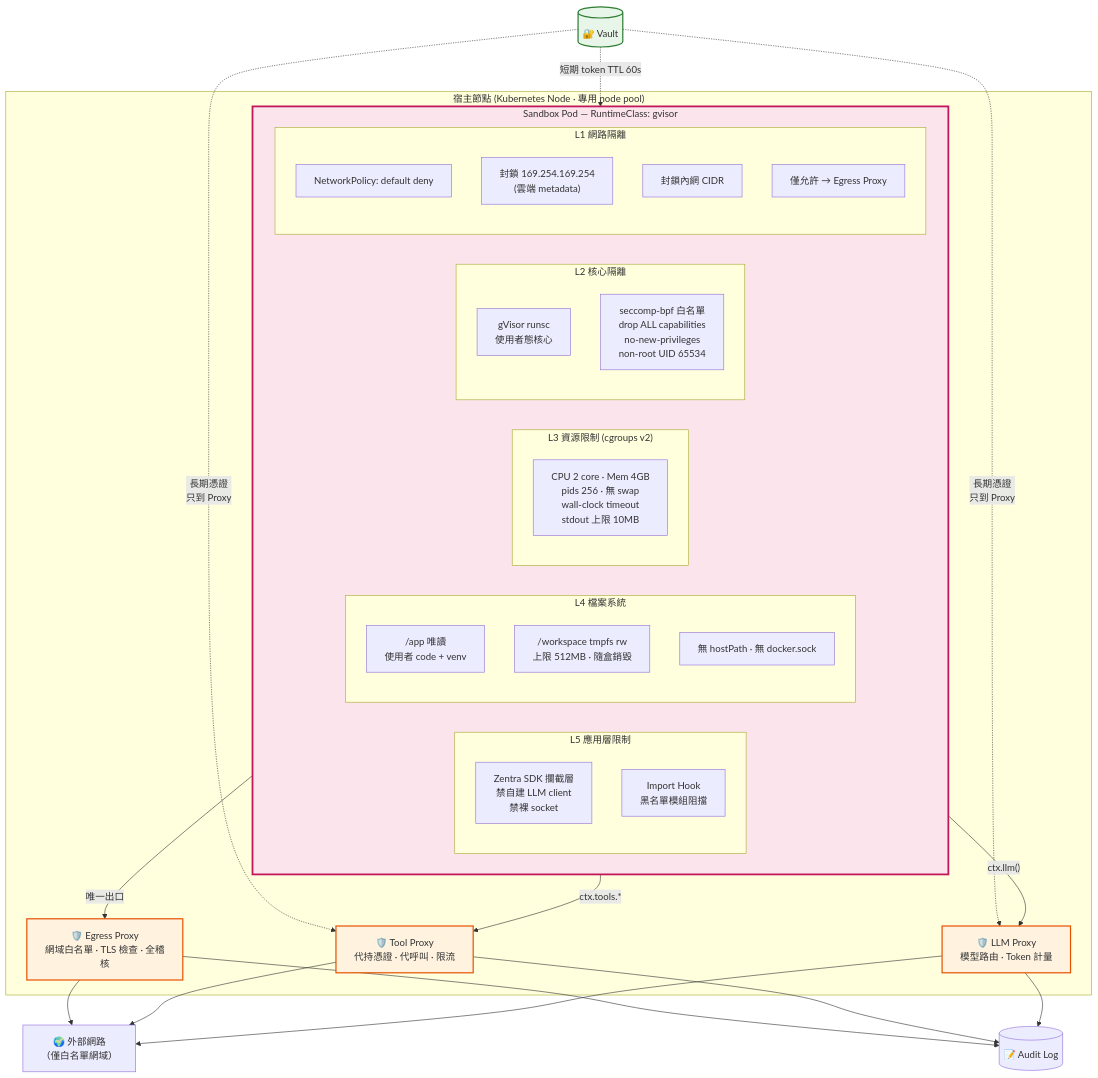
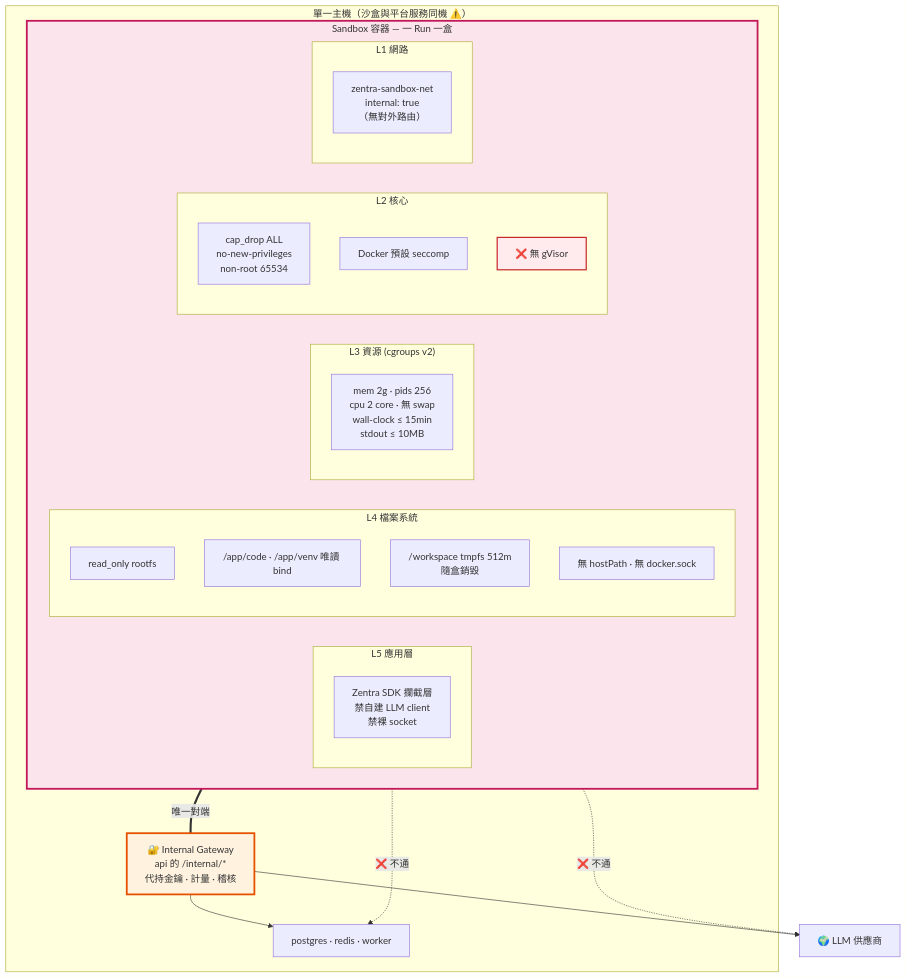
One commit to william9998/Zentra changed the fourth of 11 diagrams in docs/architecture/detailed-architecture.md. Above: the diagram before and after it, drawn with Mermaid. The commit also changed other lines of this file and 50 other files, not shown here.

````diff
--- a/docs/architecture/detailed-architecture.md
+++ b/docs/architecture/detailed-architecture.md
@@ -293,51 +230,42 @@
 ```mermaid
 graph TB
-    subgraph HOST["宿主節點 (Kubernetes Node · 專用 node pool)"]
-        subgraph POD["Sandbox Pod — RuntimeClass: gvisor"]
-            subgraph L5["L5 應用層限制"]
+    subgraph HOST["單一主機（沙盒與平台服務同機 ⚠️）"]
+        subgraph SBX["Sandbox 容器 — 一 Run 一盒"]
+            subgraph L5["L5 應用層"]
                 A1["Zentra SDK 攔截層<br/>禁自建 LLM client<br/>禁裸 socket"]
-                A2["Import Hook<br/>黑名單模組阻擋"]
             end
             subgraph L4["L4 檔案系統"]
-                F1["/app 唯讀<br/>使用者 code + venv"]
-                F2["/workspace tmpfs rw<br/>上限 512MB · 隨盒銷毀"]
-                F3["無 hostPath · 無 docker.sock"]
+                F1["read_only rootfs"]
+                F2["/app/code · /app/venv 唯讀 bind"]
+                F3["/workspace tmpfs 512m<br/>隨盒銷毀"]
+                F4["無 hostPath · 無 docker.sock"]
             end
-            subgraph L3["L3 資源限制 (cgroups v2)"]
-                RC["CPU 2 core · Mem 4GB<br/>pids 256 · 無 swap<br/>wall-clock timeout<br/>stdout 上限 10MB"]
+            subgraph L3["L3 資源 (cgroups v2)"]
+                RC["mem 2g · pids 256<br/>cpu 2 core · 無 swap<br/>wall-clock ≤ 15min<br/>stdout ≤ 10MB"]
             end
-            subgraph L2["L2 核心隔離"]
-                K1["gVisor runsc<br/>使用者態核心"]
-                K2["seccomp-bpf 白名單<br/>drop ALL capabilities<br/>no-new-privileges<br/>non-root UID 65534"]
+            subgraph L2["L2 核心"]
+                K1["cap_drop ALL<br/>no-new-privileges<br/>non-root 65534"]
+                K2["Docker 預設 seccomp"]
+                KX["❌ 無 gVisor"]
             end
-            subgraph L1["L1 網路隔離"]
-                N1["NetworkPolicy: default deny"]
-                N2["封鎖 169.254.169.254<br/>(雲端 metadata)"]
-                N3["封鎖內網 CIDR"]
-                N4["僅允許 → Egress Proxy"]
+            subgraph L1["L1 網路"]
+                N1["zentra-sandbox-net<br/>internal: true<br/>（無對外路由）"]
             end
         end
-        EP["🛡️ Egress Proxy<br/>網域白名單 · TLS 檢查 · 全稽核"]
-        TP["🛡️ Tool Proxy<br/>代持憑證 · 代呼叫 · 限流"]
-        LP["🛡️ LLM Proxy<br/>模型路由 · Token 計量"]
+
+        GW["🔐 Internal Gateway<br/>api 的 /internal/*<br/>代持金鑰 · 計量 · 稽核"]
+        PLAT["postgres · redis · worker"]
     end
 
-    POD -->|"唯一出口"| EP
-    POD -->|"ctx.tools.*"| TP
-    POD -->|"ctx.llm()"| LP
-    EP --> NET["🌍 外部網路<br/>（僅白名單網域）"]
-    TP --> NET
-    LP --> NET
+    NET["🌍 LLM 供應商"]
 
-    SEC[("🔐 Vault")] -.->|"長期憑證<br/>只到 Proxy"| TP & LP
-    SEC -.->|"短期 token TTL 60s"| POD
+    SBX ===|"唯一對端"| GW
+    SBX -.->|"❌ 不通"| PLAT
+    SBX -.->|"❌ 不通"| NET
+    GW --> NET
+    GW --> PLAT
 
-    AUD[("📝 Audit Log")]
-    EP & TP & LP --> AUD
-
-    style POD fill:#fce4ec,stroke:#c2185b,stroke-width:3px
-    style EP fill:#fff3e0,stroke:#e65100,stroke-width:2px
-    style TP fill:#fff3e0,stroke:#e65100,stroke-width:2px
-    style LP fill:#fff3e0,stroke:#e65100,stroke-width:2px
-    style SEC fill:#e8f5e9,stroke:#2e7d32,stroke-width:2px
+    style SBX fill:#fce4ec,stroke:#c2185b,stroke-width:3px
+    style GW fill:#fff3e0,stroke:#e65100,stroke-width:3px
+    style KX fill:#ffebee,stroke:#c62828,stroke-width:2px
 ```
````
